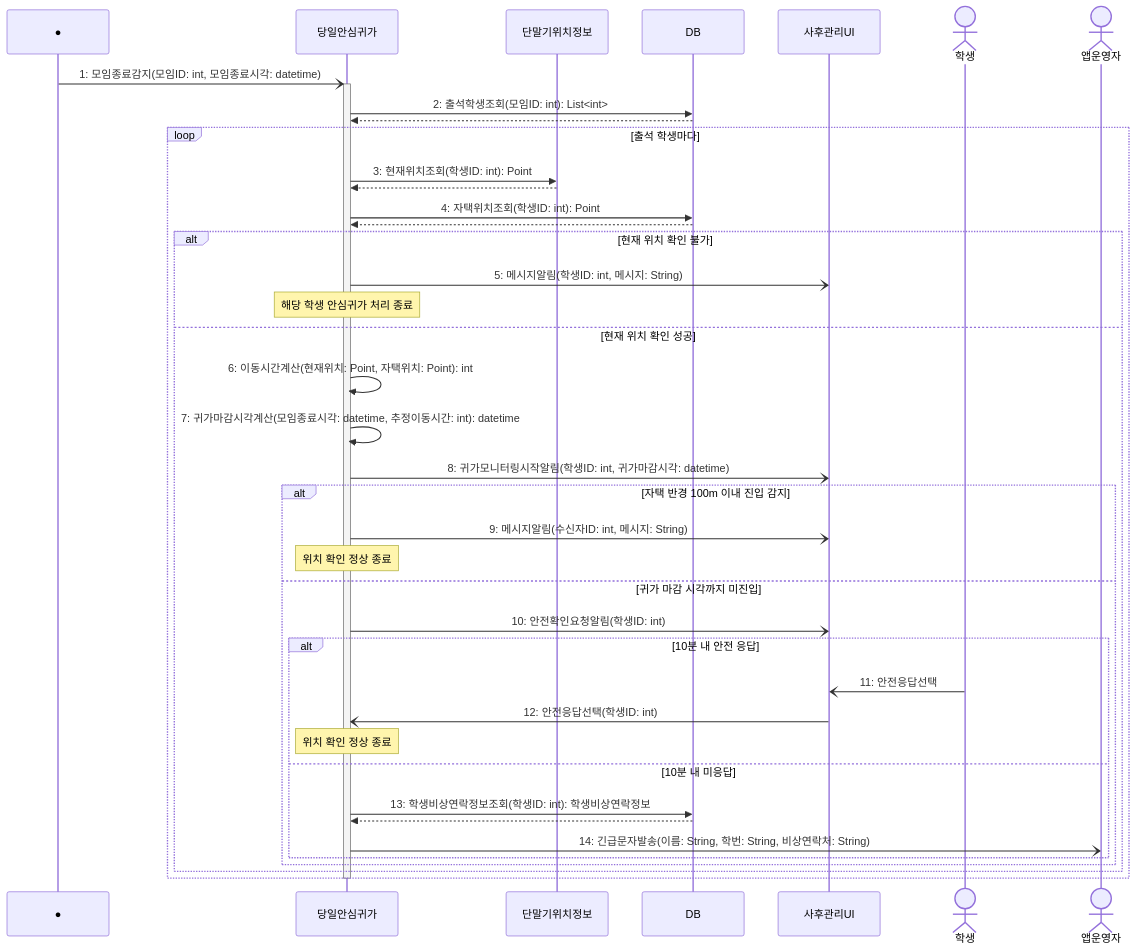
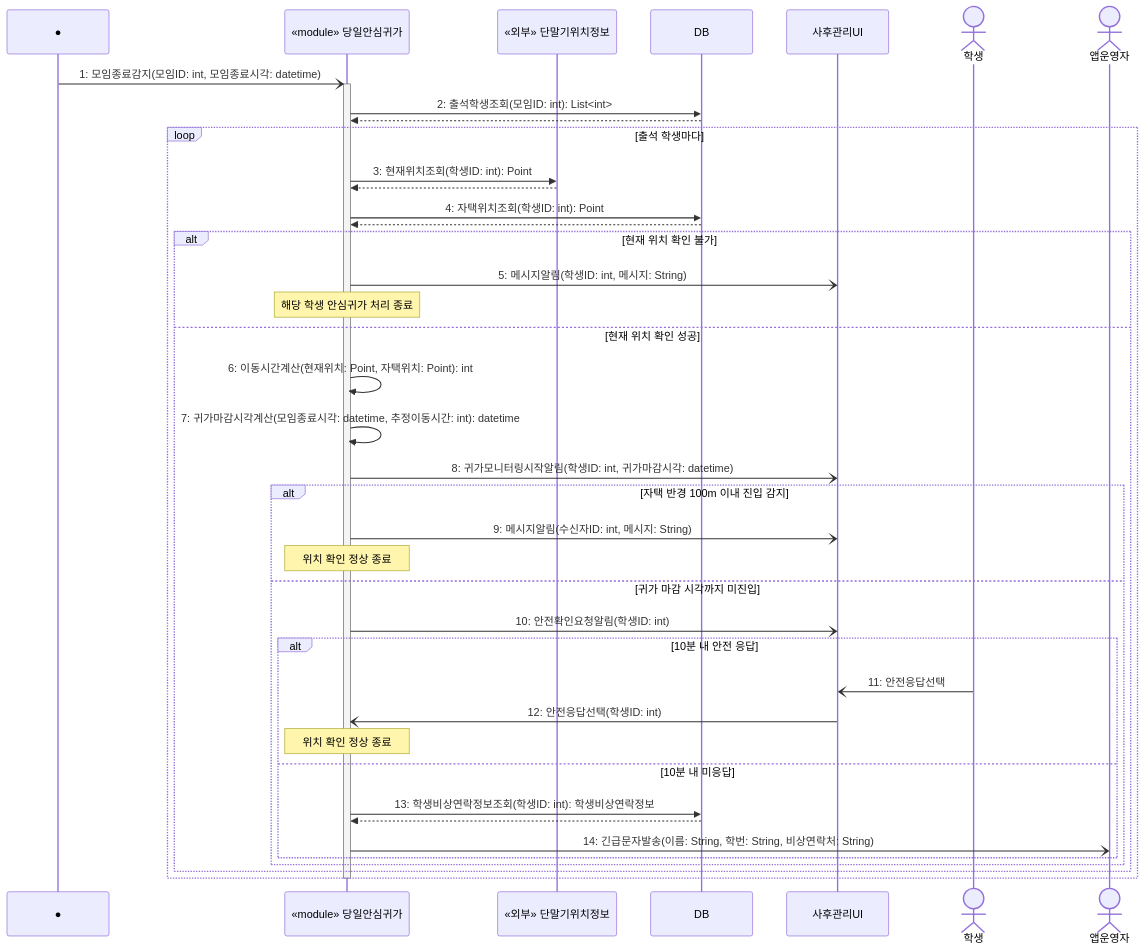
The diagram in sequence/seq-15.md (hojae3/sw-engineering-16), drawn with Mermaid before and after one commit. The commit also changed 2 other files, not shown here.

Commit message:
[seq-15] 당일안심귀가(module) 및 단말기위치정보(외부) 스테레오타입 추가

````diff
--- a/sequence/seq-15.md
+++ b/sequence/seq-15.md
@@ -25,47 +25,47 @@
 ```mermaid
 sequenceDiagram
     participant Found as ●
-    participant 안심 as 당일안심귀가
-    participant 위치 as 단말기위치정보
+    participant 안심 as «module» 당일안심귀가
+    participant 위치 as «외부» 단말기위치정보
     participant DB as DB
     participant 사후관리UI as 사후관리UI
     actor 학생
     actor 앱운영자
 
     Found-)+안심: 1: 모임종료감지(모임ID: int, 모임종료시각: datetime)
     안심->>DB: 2: 출석학생조회(모임ID: int): List<int>
     DB-->>안심: 
 
     loop 출석 학생마다
         안심->>위치: 3: 현재위치조회(학생ID: int): Point
         위치-->>안심: 
         안심->>DB: 4: 자택위치조회(학생ID: int): Point
         DB-->>안심: 
 
         alt 현재 위치 확인 불가
             안심-)사후관리UI: 5: 메시지알림(학생ID: int, 메시지: String)
             Note over 안심: 해당 학생 안심귀가 처리 종료
         else 현재 위치 확인 성공
             안심->>안심: 6: 이동시간계산(현재위치: Point, 자택위치: Point): int
             안심->>안심: 7: 귀가마감시각계산(모임종료시각: datetime, 추정이동시간: int): datetime
             안심-)사후관리UI: 8: 귀가모니터링시작알림(학생ID: int, 귀가마감시각: datetime)
 
             alt 자택 반경 100m 이내 진입 감지
                 안심-)사후관리UI: 9: 메시지알림(수신자ID: int, 메시지: String)
                 Note over 안심: 위치 확인 정상 종료
             else 귀가 마감 시각까지 미진입
                 안심-)사후관리UI: 10: 안전확인요청알림(학생ID: int)
                 alt 10분 내 안전 응답
                     학생-)사후관리UI: 11: 안전응답선택
                     사후관리UI-)안심: 12: 안전응답선택(학생ID: int)
                     Note over 안심: 위치 확인 정상 종료
                 else 10분 내 미응답
                     안심->>DB: 13: 학생비상연락정보조회(학생ID: int): 학생비상연락정보
                     DB-->>안심: 
                     안심-)앱운영자: 14: 긴급문자발송(이름: String, 학번: String, 비상연락처: String)
                 end
             end
         end
     end
     deactivate 안심
 ```
````
